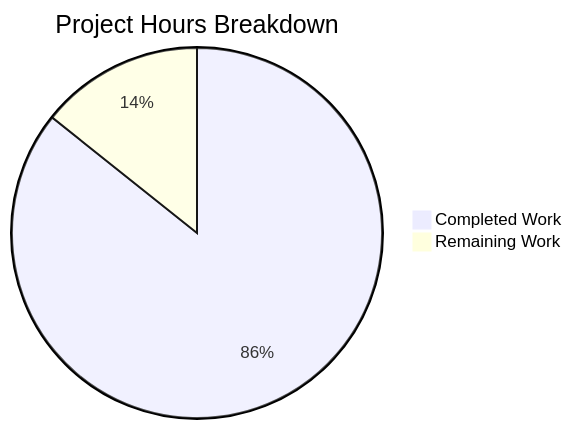
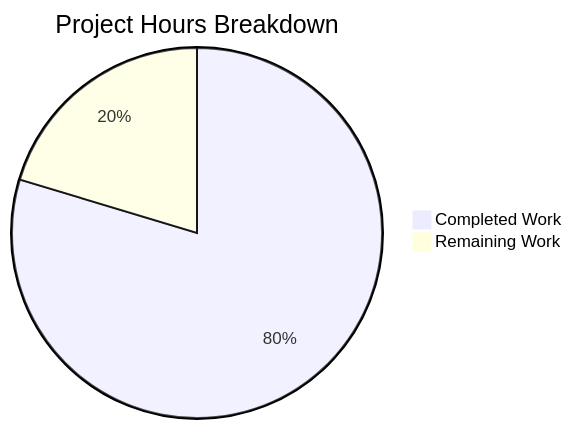
The diagram in blitzy/documentation/Project Guide.md (lakshya-blitzy/Dec_repo_with_valid_mul_files), drawn with Mermaid before and after one commit. The commit also changed other lines of this file, not shown here.

Commit message:
Adding Blitzy Project Guide: Project Status and Human Tasks Remaining

````diff
--- a/blitzy/documentation/Project Guide.md
+++ b/blitzy/documentation/Project Guide.md
@@ -58,5 +102,5 @@
 ```mermaid
 pie title Project Hours Breakdown
-    "Completed Work" : 36
-    "Remaining Work" : 6
+    "Completed Work" : 47
+    "Remaining Work" : 12
 ```
````
